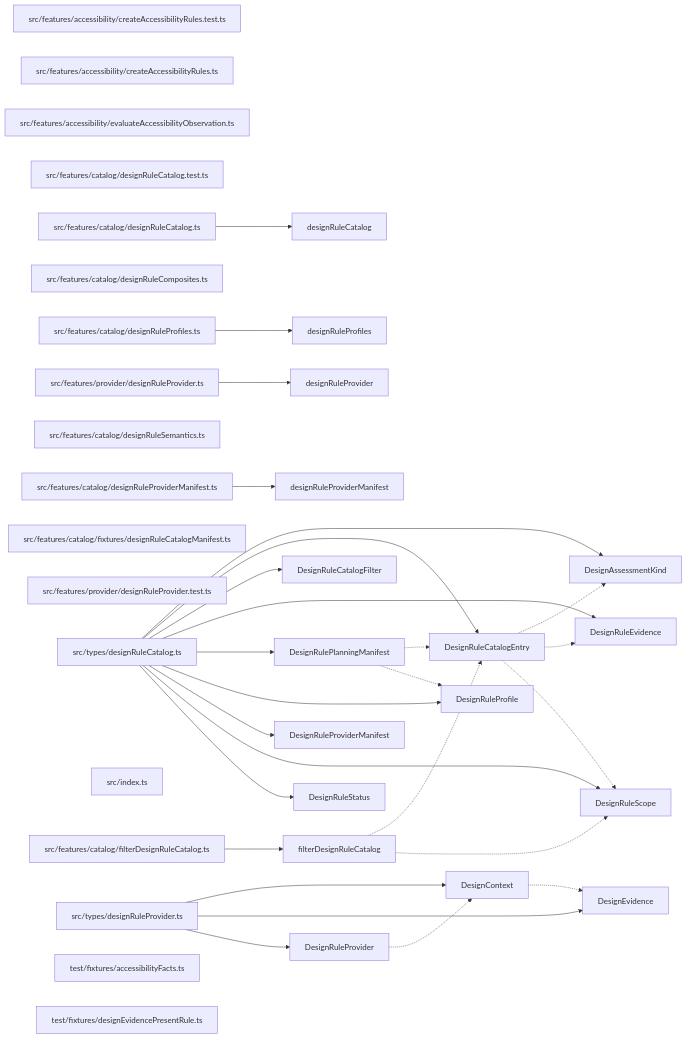
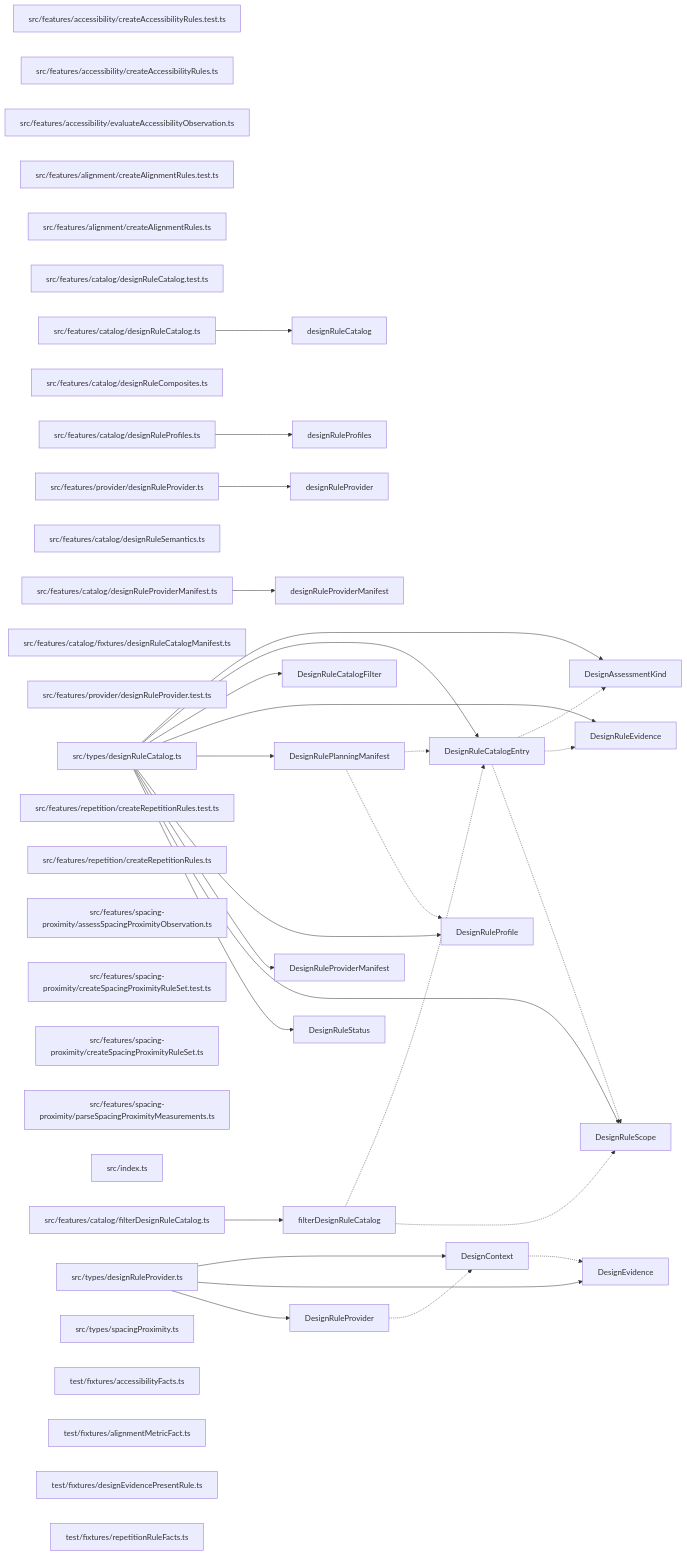
The diagram in paradox/diagrams/export-graph.mmd (ankhorage/rules-design), drawn with Mermaid before and after one commit. The commit also changed 9 other files, not shown here.

```diff
--- a/paradox/diagrams/export-graph.mmd
+++ b/paradox/diagrams/export-graph.mmd
@@ -1,62 +1,73 @@
 graph LR
   module_src_features_accessibility_createAccessibilityRules_test_ts["src/features/accessibility/createAccessibilityRules.test.ts"]
   module_src_features_accessibility_createAccessibilityRules_ts["src/features/accessibility/createAccessibilityRules.ts"]
   module_src_features_accessibility_evaluateAccessibilityObservation_ts["src/features/accessibility/evaluateAccessibilityObservation.ts"]
+  module_src_features_alignment_createAlignmentRules_test_ts["src/features/alignment/createAlignmentRules.test.ts"]
+  module_src_features_alignment_createAlignmentRules_ts["src/features/alignment/createAlignmentRules.ts"]
   module_src_features_catalog_designRuleCatalog_test_ts["src/features/catalog/designRuleCatalog.test.ts"]
   module_src_features_catalog_designRuleCatalog_ts["src/features/catalog/designRuleCatalog.ts"]
   module_src_features_catalog_designRuleComposites_ts["src/features/catalog/designRuleComposites.ts"]
   module_src_features_catalog_designRuleProfiles_ts["src/features/catalog/designRuleProfiles.ts"]
   module_src_features_catalog_designRuleProviderManifest_ts["src/features/catalog/designRuleProviderManifest.ts"]
   module_src_features_catalog_designRuleSemantics_ts["src/features/catalog/designRuleSemantics.ts"]
   module_src_features_catalog_filterDesignRuleCatalog_ts["src/features/catalog/filterDesignRuleCatalog.ts"]
   module_src_features_catalog_fixtures_designRuleCatalogManifest_ts["src/features/catalog/fixtures/designRuleCatalogManifest.ts"]
   module_src_features_provider_designRuleProvider_test_ts["src/features/provider/designRuleProvider.test.ts"]
   module_src_features_provider_designRuleProvider_ts["src/features/provider/designRuleProvider.ts"]
+  module_src_features_repetition_createRepetitionRules_test_ts["src/features/repetition/createRepetitionRules.test.ts"]
+  module_src_features_repetition_createRepetitionRules_ts["src/features/repetition/createRepetitionRules.ts"]
+  module_src_features_spacing_proximity_assessSpacingProximityObservation_ts["src/features/spacing-proximity/assessSpacingProximityObservation.ts"]
+  module_src_features_spacing_proximity_createSpacingProximityRuleSet_test_ts["src/features/spacing-proximity/createSpacingProximityRuleSet.test.ts"]
+  module_src_features_spacing_proximity_createSpacingProximityRuleSet_ts["src/features/spacing-proximity/createSpacingProximityRuleSet.ts"]
+  module_src_features_spacing_proximity_parseSpacingProximityMeasurements_ts["src/features/spacing-proximity/parseSpacingProximityMeasurements.ts"]
   module_src_index_ts["src/index.ts"]
   module_src_types_designRuleCatalog_ts["src/types/designRuleCatalog.ts"]
   module_src_types_designRuleProvider_ts["src/types/designRuleProvider.ts"]
+  module_src_types_spacingProximity_ts["src/types/spacingProximity.ts"]
   module_test_fixtures_accessibilityFacts_ts["test/fixtures/accessibilityFacts.ts"]
+  module_test_fixtures_alignmentMetricFact_ts["test/fixtures/alignmentMetricFact.ts"]
   module_test_fixtures_designEvidencePresentRule_ts["test/fixtures/designEvidencePresentRule.ts"]
+  module_test_fixtures_repetitionRuleFacts_ts["test/fixtures/repetitionRuleFacts.ts"]
   export_DesignAssessmentKind["DesignAssessmentKind"]
   module_src_types_designRuleCatalog_ts --> export_DesignAssessmentKind
   export_DesignContext["DesignContext"]
   module_src_types_designRuleProvider_ts --> export_DesignContext
   export_DesignContext -.-> export_DesignEvidence
   export_DesignEvidence["DesignEvidence"]
   module_src_types_designRuleProvider_ts --> export_DesignEvidence
   export_designRuleCatalog["designRuleCatalog"]
   module_src_features_catalog_designRuleCatalog_ts --> export_designRuleCatalog
   export_DesignRuleCatalogEntry["DesignRuleCatalogEntry"]
   module_src_types_designRuleCatalog_ts --> export_DesignRuleCatalogEntry
   export_DesignRuleCatalogEntry -.-> export_DesignAssessmentKind
   export_DesignRuleCatalogEntry -.-> export_DesignRuleEvidence
   export_DesignRuleCatalogEntry -.-> export_DesignRuleScope
   export_DesignRuleCatalogFilter["DesignRuleCatalogFilter"]
   module_src_types_designRuleCatalog_ts --> export_DesignRuleCatalogFilter
   export_DesignRuleEvidence["DesignRuleEvidence"]
   module_src_types_designRuleCatalog_ts --> export_DesignRuleEvidence
   export_DesignRulePlanningManifest["DesignRulePlanningManifest"]
   module_src_types_designRuleCatalog_ts --> export_DesignRulePlanningManifest
   export_DesignRulePlanningManifest -.-> export_DesignRuleCatalogEntry
   export_DesignRulePlanningManifest -.-> export_DesignRuleProfile
   export_DesignRuleProfile["DesignRuleProfile"]
   module_src_types_designRuleCatalog_ts --> export_DesignRuleProfile
   export_designRuleProfiles["designRuleProfiles"]
   module_src_features_catalog_designRuleProfiles_ts --> export_designRuleProfiles
   export_designRuleProvider["designRuleProvider"]
   module_src_features_provider_designRuleProvider_ts --> export_designRuleProvider
   export_DesignRuleProvider["DesignRuleProvider"]
   module_src_types_designRuleProvider_ts --> export_DesignRuleProvider
   export_DesignRuleProvider -.-> export_DesignContext
   export_designRuleProviderManifest["designRuleProviderManifest"]
   module_src_features_catalog_designRuleProviderManifest_ts --> export_designRuleProviderManifest
   export_DesignRuleProviderManifest["DesignRuleProviderManifest"]
   module_src_types_designRuleCatalog_ts --> export_DesignRuleProviderManifest
   export_DesignRuleScope["DesignRuleScope"]
   module_src_types_designRuleCatalog_ts --> export_DesignRuleScope
   export_DesignRuleStatus["DesignRuleStatus"]
   module_src_types_designRuleCatalog_ts --> export_DesignRuleStatus
   export_filterDesignRuleCatalog["filterDesignRuleCatalog"]
   module_src_features_catalog_filterDesignRuleCatalog_ts --> export_filterDesignRuleCatalog
   export_filterDesignRuleCatalog -.-> export_DesignRuleCatalogEntry
   export_filterDesignRuleCatalog -.-> export_DesignRuleScope
```
